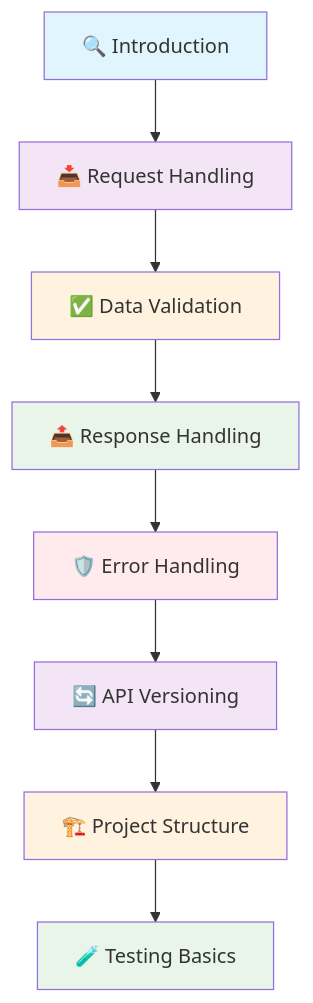
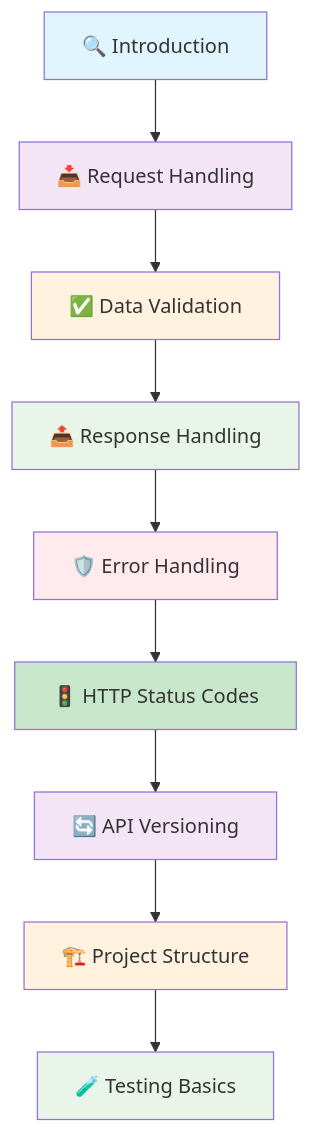
One commit to ridwanspace/restful-fastapi-guideline changed the diagram in app/docs/02_foundation/page.mdx. Above: the diagram before and after it, drawn with Mermaid. The commit also changed other lines of this file, not shown here.

````diff
--- a/app/docs/02_foundation/page.mdx
+++ b/app/docs/02_foundation/page.mdx
@@ -25,19 +25,21 @@
 ```mermaid
 graph TD
     A[🔍 Introduction] --> B[📥 Request Handling]
     B --> C[✅ Data Validation]
     C --> D[📤 Response Handling]
     D --> E[🛡️ Error Handling]
-    E --> F[🔄 API Versioning]
+    E --> I[🚦 HTTP Status Codes]
+    I --> F[🔄 API Versioning]
     F --> G[🏗️ Project Structure]
     G --> H[🧪 Testing Basics]
     
     style A fill:#e1f5fe
     style B fill:#f3e5f5
     style C fill:#fff3e0
     style D fill:#e8f5e8
     style E fill:#ffebee
+    style I fill:#c8e6c9
     style F fill:#f3e5f5
     style G fill:#fff3e0
     style H fill:#e8f5e8
 ```
````
